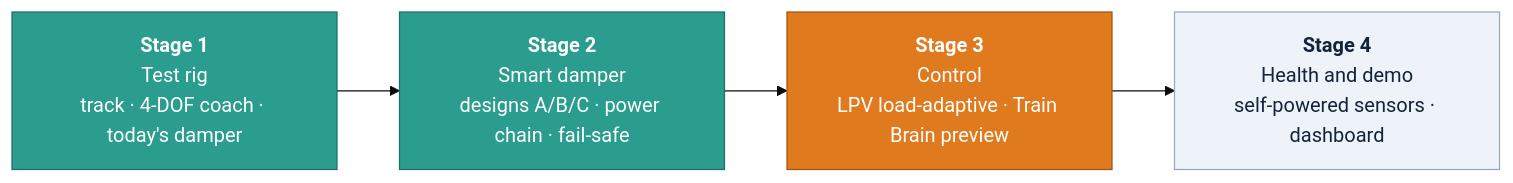
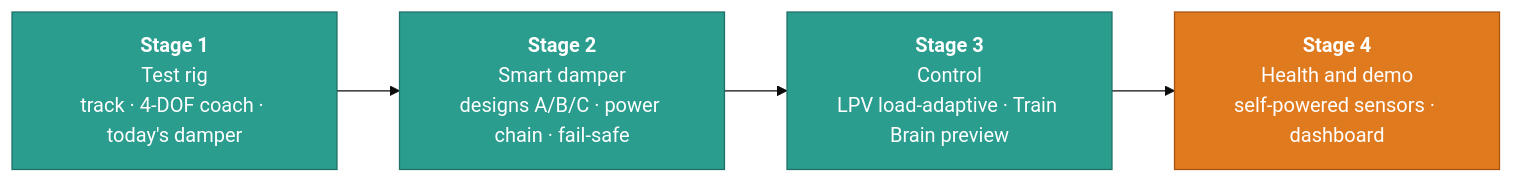
Before and after one commit to Sangeeth0301/SwarmRide-Bharat: the second of 2 diagrams in README.md, drawn with Mermaid (base theme). The commit also changed other lines of this file, not shown here.

````diff
--- a/README.md
+++ b/README.md
@@ -149,14 +149,13 @@
 ```mermaid
 flowchart LR
     S1["<b>Stage 1</b><br/>Test rig<br/>track · 4-DOF coach · today's damper"]
     S2["<b>Stage 2</b><br/>Smart damper<br/>designs A/B/C · power chain · fail-safe"]
     S3["<b>Stage 3</b><br/>Control<br/>LPV load-adaptive · Train Brain preview"]
     S4["<b>Stage 4</b><br/>Health and demo<br/>self-powered sensors · dashboard"]
     S1 --> S2 --> S3 --> S4
     classDef done fill:#2A9D8F,stroke:#1F6F66,color:#ffffff
     classDef now fill:#E07A1F,stroke:#A8520F,color:#ffffff
     classDef next fill:#EEF3FA,stroke:#9AA8BC,color:#13233A
-    class S1,S2 done
-    class S3 now
-    class S4 next
+    class S1,S2,S3 done
+    class S4 now
 ```
````
